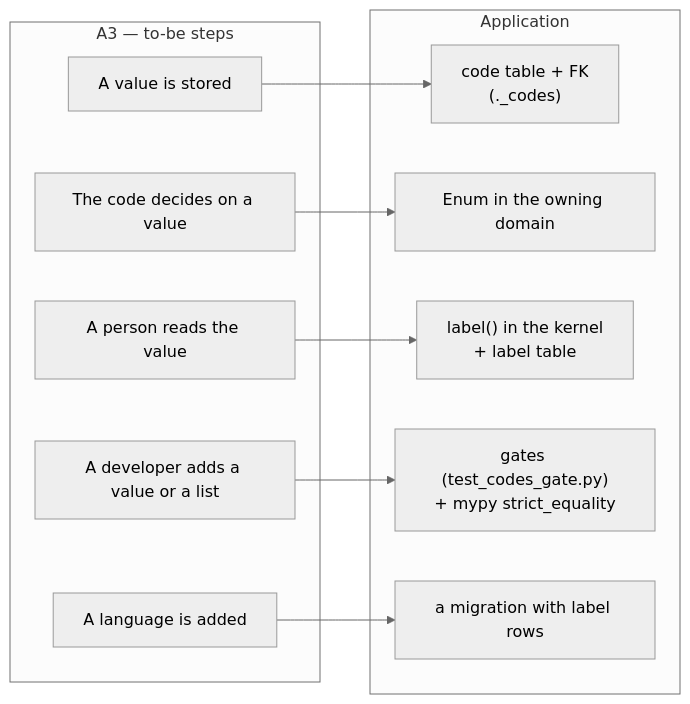
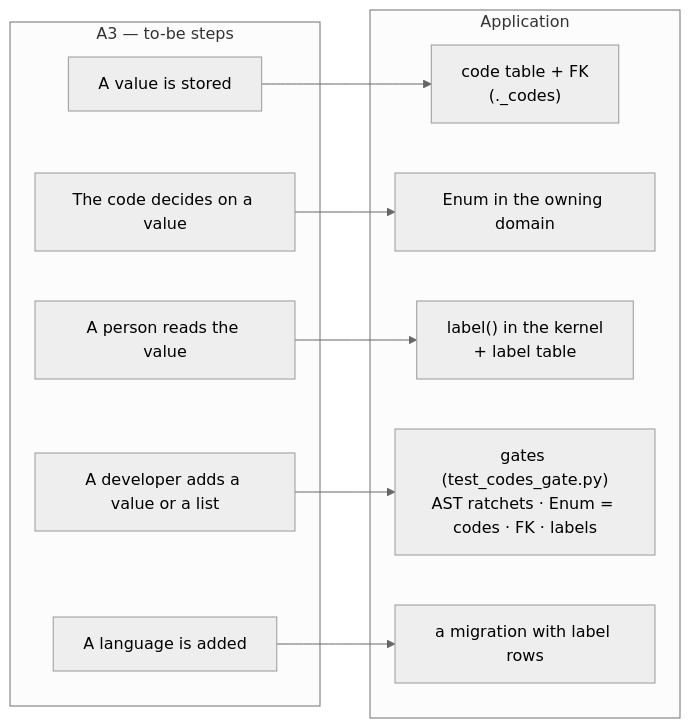
The first of 3 diagrams in docs/change_request_12_codes_and_enums.md (KoenRenders/KoenTest), drawn with Mermaid (neutral theme) before and after one commit. The commit also changed other lines of this file, not shown here.

First line of the commit message:
docs(cr-12): review round — AST ratchet instead of a hollow mypy gate, English enum member names, retired codes stay members, migration helper, code_label filter, explicit language in jobs, pilot list in phase 0, phases 3-4 do not block the CRM (Koen, 26 September 2026)

````diff
--- a/docs/change_request_12_codes_and_enums.md
+++ b/docs/change_request_12_codes_and_enums.md
@@ -203,22 +208,22 @@
 ```mermaid
 flowchart LR
   subgraph Business["A3 — to-be steps"]
     S1["A value is stored"]
     S2["The code decides on a value"]
     S3["A person reads the value"]
     S4["A developer adds a value or a list"]
     S5["A language is added"]
   end
   subgraph Application
     T1["code table + FK<br/>(<schema>.<list>_codes)"]
     T2["Enum in the owning domain"]
     T3["label() in the kernel<br/>+ label table"]
-    T4["gates (test_codes_gate.py)<br/>+ mypy strict_equality"]
+    T4["gates (test_codes_gate.py)<br/>AST ratchets · Enum = codes · FK · labels"]
     T5["a migration with label rows"]
   end
   S1 --> T1
   S2 --> T2
   S3 --> T3
   S4 --> T4
   S5 --> T5
 ```
````
